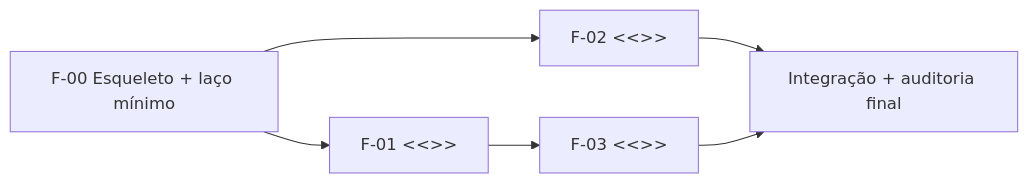
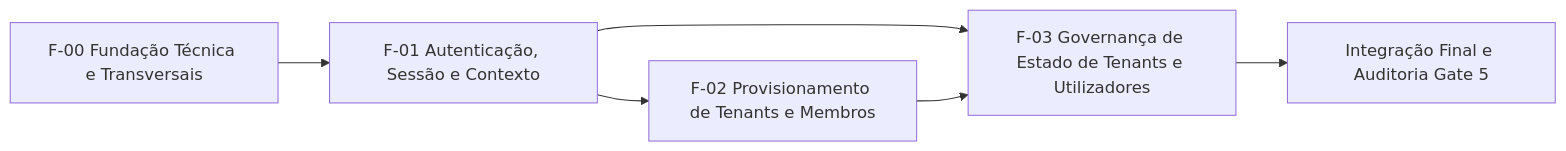
The diagram in Etapa2/spec-v2/60-plano-de-fases.md (Matheus-Allvz/Identity-Service), drawn with Mermaid before and after one commit. The commit also changed other lines of this file and 53 other files, not shown here.

````diff
--- a/Etapa2/spec-v2/60-plano-de-fases.md
+++ b/Etapa2/spec-v2/60-plano-de-fases.md
@@ -7,7 +8,8 @@
 ```mermaid
 flowchart LR
-    F00["F-00 Esqueleto + laço mínimo"] --> F01["F-01 <<>>"]
-    F00 --> F02["F-02 <<>>"]
-    F01 --> F03["F-03 <<>>"]
-    F02 & F03 --> INT["Integração + auditoria final"]
+    F00["F-00 Fundação Técnica e Transversais"] --> F01["F-01 Autenticação, Sessão e Contexto"]
+    F01 --> F02["F-02 Provisionamento de Tenants e Membros"]
+    F01 --> F03["F-03 Governança de Estado de Tenants e Utilizadores"]
+    F02 --> F03
+    F03 --> INT["Integração Final e Auditoria Gate 5"]
 ```
````
